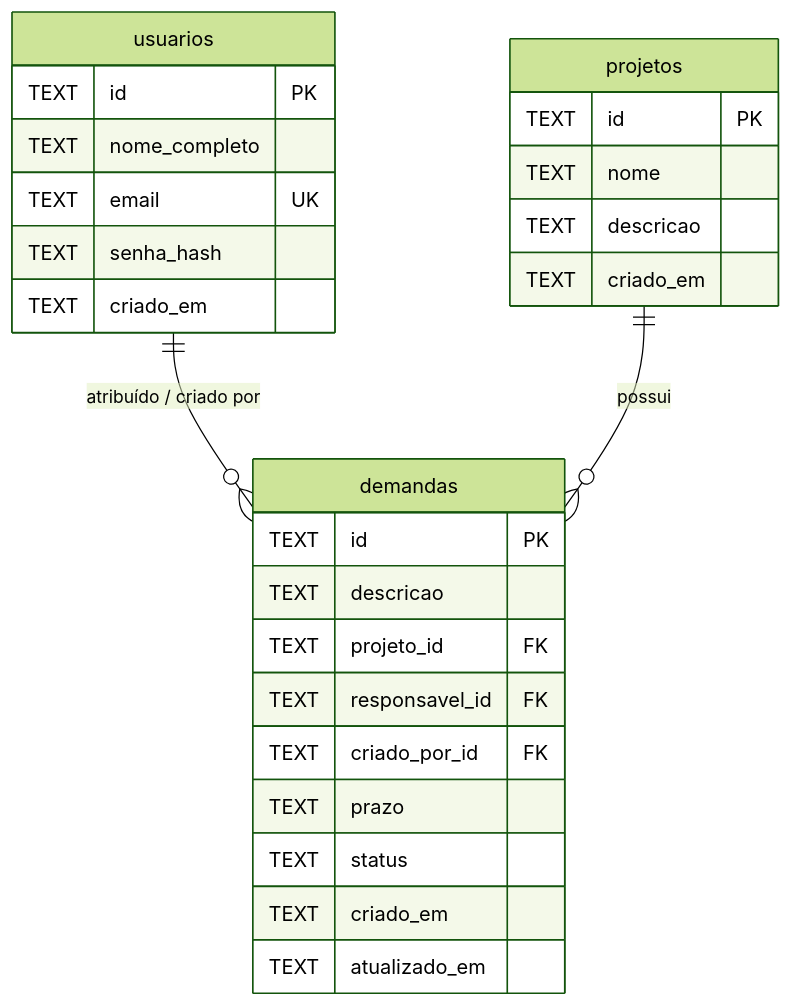
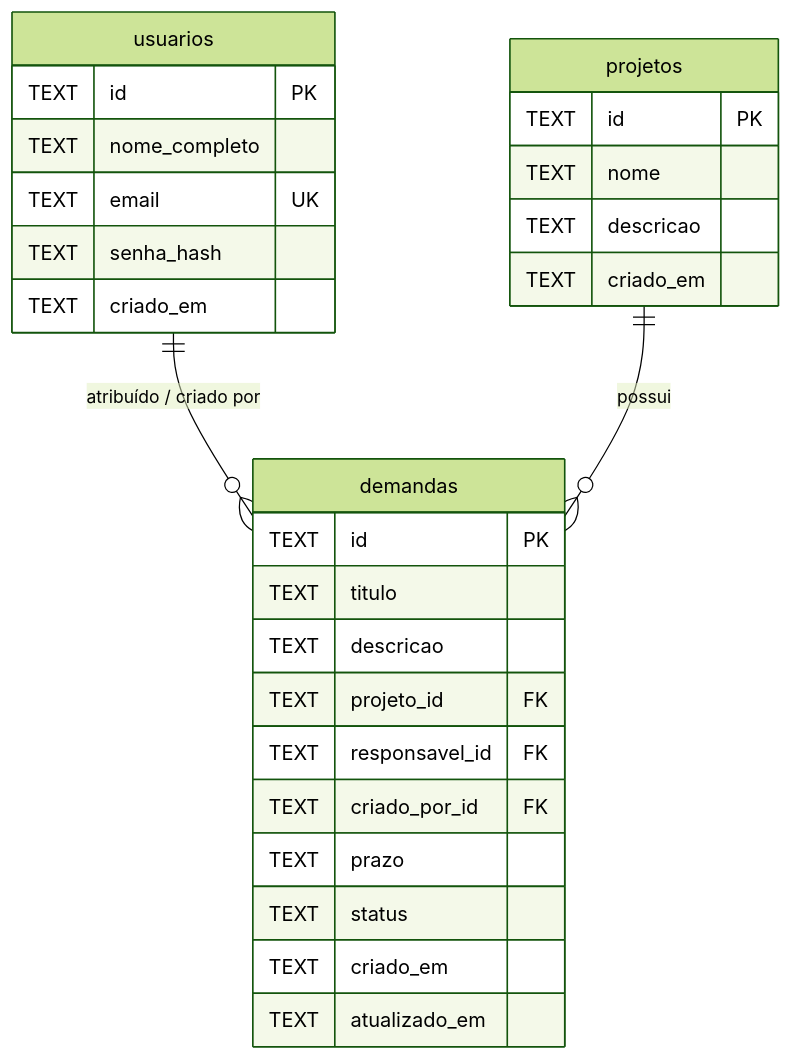
Before and after one commit to Kazbonfim2/bun-task-manager-cosmos-project: the diagram in .development/SCHEMA.md, drawn with Mermaid (forest theme). The commit also changed other lines of this file and 2 other files, not shown here.

Commit message:
feat(database): adicionar tabela de comentarios e suporte a titulo e descricao

````diff
--- a/.development/SCHEMA.md
+++ b/.development/SCHEMA.md
@@ -9,32 +9,33 @@
 ```mermaid
 erDiagram
     usuarios ||--o{ demandas : "atribuído / criado por"
     projetos ||--o{ demandas : "possui"
 
     usuarios {
         TEXT id PK
         TEXT nome_completo
         TEXT email UK
         TEXT senha_hash
         TEXT criado_em
     }
 
     projetos {
         TEXT id PK
         TEXT nome
         TEXT descricao
         TEXT criado_em
     }
 
     demandas {
         TEXT id PK
+        TEXT titulo
         TEXT descricao
         TEXT projeto_id FK
         TEXT responsavel_id FK
         TEXT criado_por_id FK
         TEXT prazo
         TEXT status
         TEXT criado_em
         TEXT atualizado_em
     }
 ```
````
